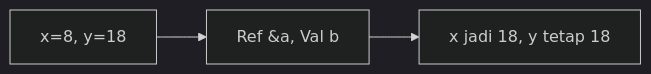
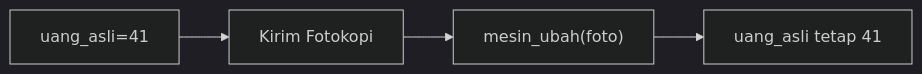
The sixth of 25 diagrams in part-c-pemahaman-cpp/04-fungsi/latihan/set-06.md (amnahwaida/OSNK_INF_PREP), drawn with Mermaid (dark theme) before and after one commit. The commit also changed other lines of this file and 71 other files, not shown here.

````diff
--- a/part-c-pemahaman-cpp/04-fungsi/latihan/set-06.md
+++ b/part-c-pemahaman-cpp/04-fungsi/latihan/set-06.md
@@ -155,5 +161,6 @@
 ```mermaid
 graph LR
-A["x=8, y=18"] --> B["Ref &a, Val b"]
-B --> C["x jadi 18, y tetap 18"]
+A["uang_asli=41"] --> B["Kirim Fotokopi"]
+B --> C["mesin_ubah(foto)"]
+C --> D["uang_asli tetap 41"]
 ```
````
